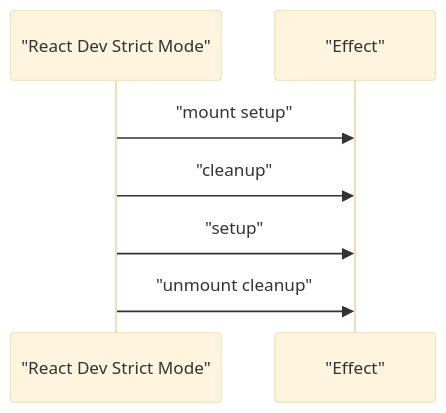
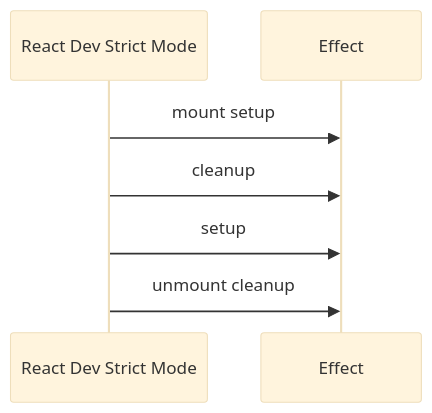
One commit to Shyu-x/frontend-interview changed the fifth of 8 diagrams in docs/react/r19/effects-synchronization-model.md. Above: the diagram before and after it, drawn with Mermaid (base theme). The commit also changed other lines of this file and 23 other files, not shown here.

First line of the commit message:
fix(docs): 修复 28 张无法渲染的 Mermaid 图，新增真实解析器校验与 PDF 下载页

````diff
--- a/docs/react/r19/effects-synchronization-model.md
+++ b/docs/react/r19/effects-synchronization-model.md
@@ -585,9 +589,9 @@
 ```mermaid
 sequenceDiagram
-  participant R as "React Dev Strict Mode"
-  participant E as "Effect"
-  R->>E: "mount setup"
-  R->>E: "cleanup"
-  R->>E: "setup"
-  R->>E: "unmount cleanup"
+  participant R as React Dev Strict Mode
+  participant E as Effect
+  R->>E: mount setup
+  R->>E: cleanup
+  R->>E: setup
+  R->>E: unmount cleanup
 ```
````
